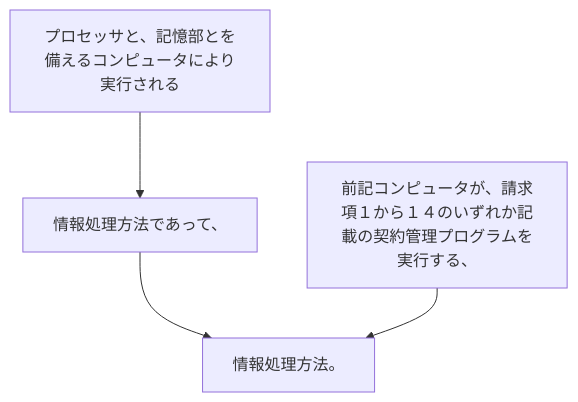
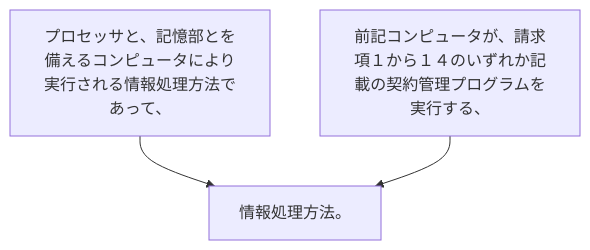
Before and after one commit to shinmori55/patent_analyzed: the diagram in 2024/JP2024014095A/claim_17/README.md, drawn with Mermaid. The commit also changed 27 other files, not shown here.

````diff
--- a/2024/JP2024014095A/claim_17/README.md
+++ b/2024/JP2024014095A/claim_17/README.md
@@ -4,10 +4,8 @@
 ```mermaid
 flowchart TD
-A[プロセッサと、記憶部とを備えるコンピュータにより実行される]
-B[情報処理方法であって、]
-C[前記コンピュータが、請求項１から１４のいずれか記載の契約管理プログラムを実行する、]
-D[情報処理方法。]
-A --> B
-B --> D
-C --> D
+A[プロセッサと、記憶部とを備えるコンピュータにより実行される情報処理方法であって、]
+B[前記コンピュータが、請求項１から１４のいずれか記載の契約管理プログラムを実行する、]
+C[情報処理方法。]
+A --> C
+B --> C
 ```
````
